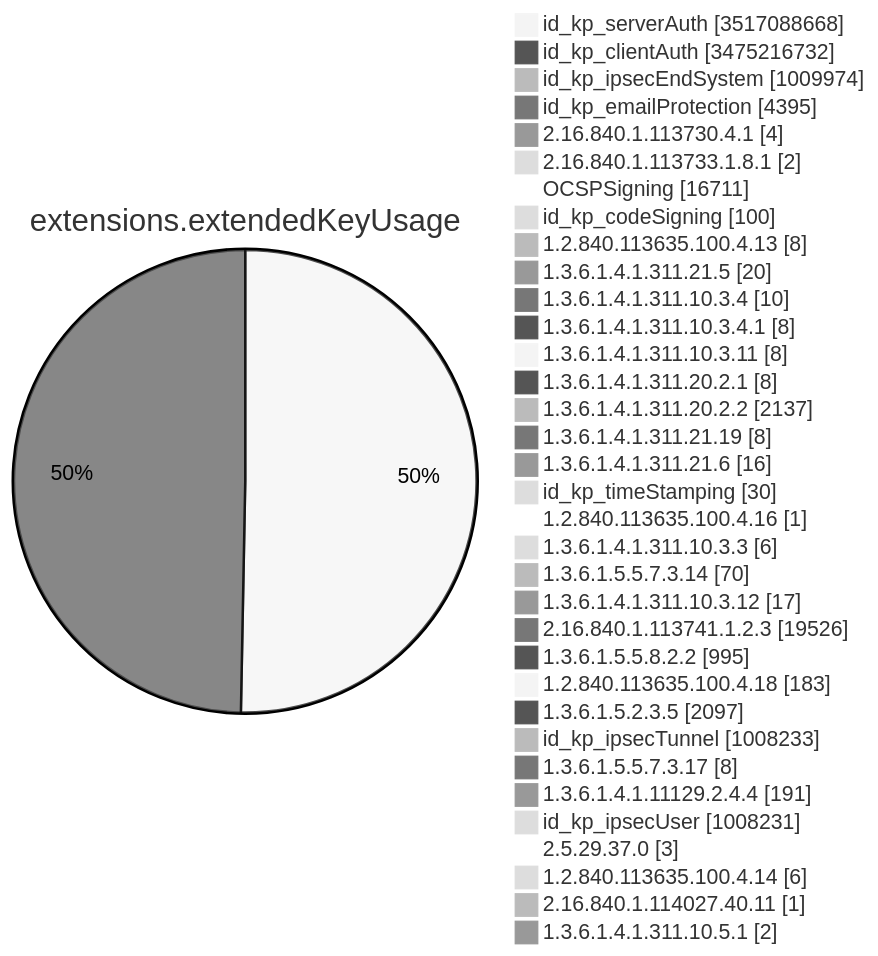
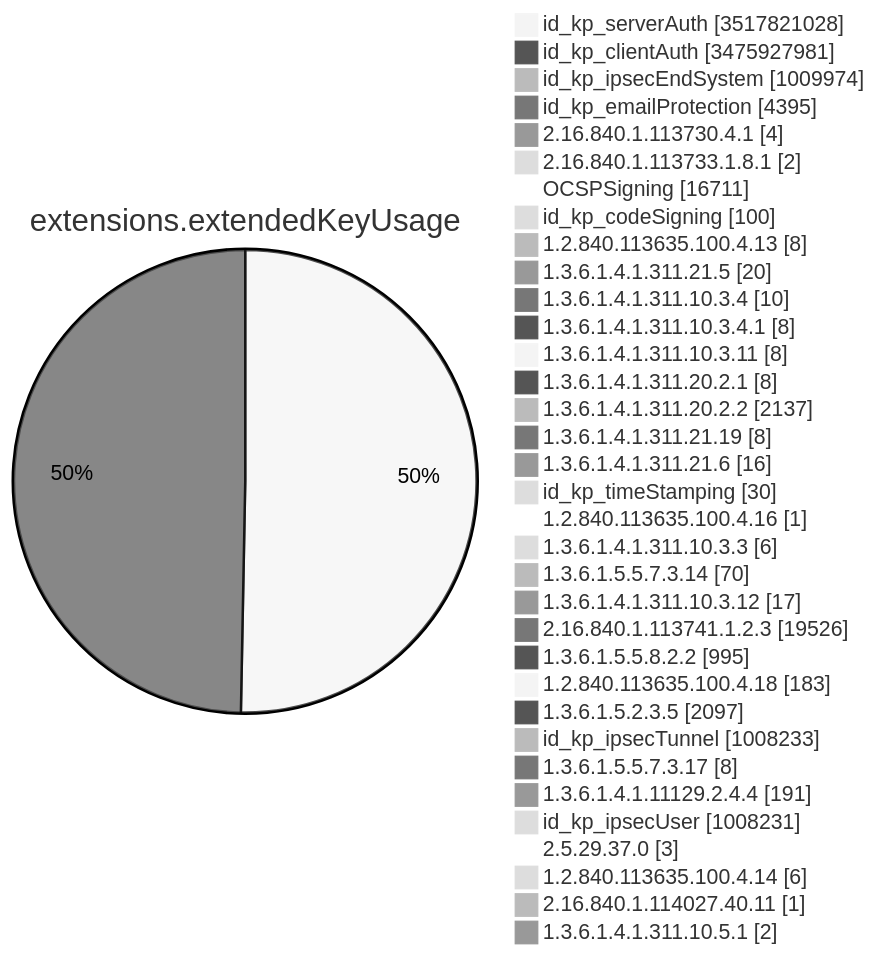
One commit to christiankrug/ctmonitor_visualization changed diagram 11 of 15 in TOTAL/README.md. Above: the diagram before and after it, drawn with Mermaid (neutral theme). The commit also changed other lines of this file, not shown here.

````diff
--- a/TOTAL/README.md
+++ b/TOTAL/README.md
@@ -4126,38 +4126,38 @@
 ```mermaid
 pie showData
 title extensions.extendedKeyUsage
-"id_kp_serverAuth" :3517088668
-"id_kp_clientAuth" :3475216732
+"id_kp_serverAuth" :3517821028
+"id_kp_clientAuth" :3475927981
 "id_kp_ipsecEndSystem" :1009974
 "id_kp_emailProtection" :4395
 "2.16.840.1.113730.4.1" :4
 "2.16.840.1.113733.1.8.1" :2
 "OCSPSigning" :16711
 "id_kp_codeSigning" :100
 "1.2.840.113635.100.4.13" :8
 "1.3.6.1.4.1.311.21.5" :20
 "1.3.6.1.4.1.311.10.3.4" :10
 "1.3.6.1.4.1.311.10.3.4.1" :8
 "1.3.6.1.4.1.311.10.3.11" :8
 "1.3.6.1.4.1.311.20.2.1" :8
 "1.3.6.1.4.1.311.20.2.2" :2137
 "1.3.6.1.4.1.311.21.19" :8
 "1.3.6.1.4.1.311.21.6" :16
 "id_kp_timeStamping" :30
 "1.2.840.113635.100.4.16" :1
 "1.3.6.1.4.1.311.10.3.3" :6
 "1.3.6.1.5.5.7.3.14" :70
 "1.3.6.1.4.1.311.10.3.12" :17
 "2.16.840.1.113741.1.2.3" :19526
 "1.3.6.1.5.5.8.2.2" :995
 "1.2.840.113635.100.4.18" :183
 "1.3.6.1.5.2.3.5" :2097
 "id_kp_ipsecTunnel" :1008233
 "1.3.6.1.5.5.7.3.17" :8
 "1.3.6.1.4.1.11129.2.4.4" :191
 "id_kp_ipsecUser" :1008231
 "2.5.29.37.0" :3
 "1.2.840.113635.100.4.14" :6
 "2.16.840.1.114027.40.11" :1
 "1.3.6.1.4.1.311.10.5.1" :2
 ```
````
